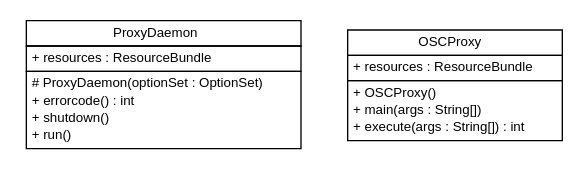
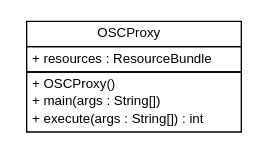
The diagram in apidocs/com/xley/lfosc/com.xley.lfosc.dot (pcross616/lf-osc-proxy), drawn with Graphviz before and after one commit. The commit also changed 292 other files, not shown here.

```diff
--- a/apidocs/com/xley/lfosc/com.xley.lfosc.dot
+++ b/apidocs/com/xley/lfosc/com.xley.lfosc.dot
@@ -1,41 +1,26 @@
 #!/usr/local/bin/dot
 #
 # Class diagram 
 # Generated by UMLGraph version R5_6 (http://www.umlgraph.org/)
 #
 
 digraph G {
 	edge [fontname="Helvetica",fontsize=10,labelfontname="Helvetica",labelfontsize=10];
 	node [fontname="Helvetica",fontsize=10,shape=plaintext];
 	nodesep=0.25;
 	ranksep=0.5;
-	// com.xley.lfosc.ProxyDaemon
-	c8 [label=<<table title="com.xley.lfosc.ProxyDaemon" border="0" cellborder="1" cellspacing="0" cellpadding="2" port="p" href="./ProxyDaemon.html">
-		<tr><td><table border="0" cellspacing="0" cellpadding="1">
-<tr><td align="center" balign="center"> ProxyDaemon </td></tr>
-		</table></td></tr>
-		<tr><td><table border="0" cellspacing="0" cellpadding="1">
-<tr><td align="left" balign="left"> + resources : ResourceBundle </td></tr>
-		</table></td></tr>
-		<tr><td><table border="0" cellspacing="0" cellpadding="1">
-<tr><td align="left" balign="left"> # ProxyDaemon(optionSet : OptionSet) </td></tr>
-<tr><td align="left" balign="left"> + errorcode() : int </td></tr>
-<tr><td align="left" balign="left"> + shutdown() </td></tr>
-<tr><td align="left" balign="left"> + run() </td></tr>
-		</table></td></tr>
-		</table>>, URL="./ProxyDaemon.html", fontname="Helvetica", fontcolor="black", fontsize=10.0];
 	// com.xley.lfosc.OSCProxy
-	c9 [label=<<table title="com.xley.lfosc.OSCProxy" border="0" cellborder="1" cellspacing="0" cellpadding="2" port="p" href="./OSCProxy.html">
+	c84 [label=<<table title="com.xley.lfosc.OSCProxy" border="0" cellborder="1" cellspacing="0" cellpadding="2" port="p" href="./OSCProxy.html">
 		<tr><td><table border="0" cellspacing="0" cellpadding="1">
 <tr><td align="center" balign="center"> OSCProxy </td></tr>
 		</table></td></tr>
 		<tr><td><table border="0" cellspacing="0" cellpadding="1">
 <tr><td align="left" balign="left"> + resources : ResourceBundle </td></tr>
 		</table></td></tr>
 		<tr><td><table border="0" cellspacing="0" cellpadding="1">
 <tr><td align="left" balign="left"> + OSCProxy() </td></tr>
 <tr><td align="left" balign="left"> + main(args : String[]) </td></tr>
 <tr><td align="left" balign="left"> + execute(args : String[]) : int </td></tr>
 		</table></td></tr>
 		</table>>, URL="./OSCProxy.html", fontname="Helvetica", fontcolor="black", fontsize=10.0];
 }
```
